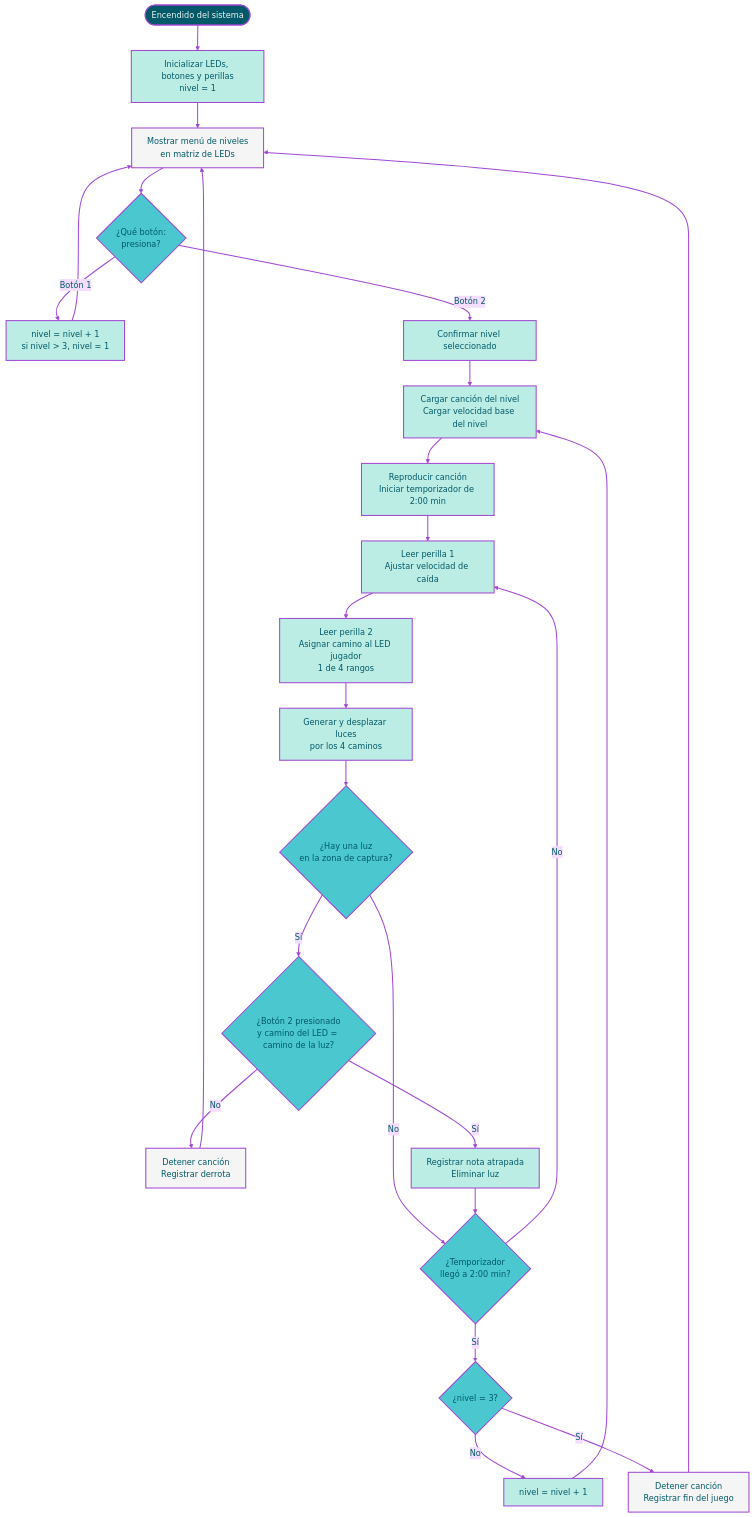
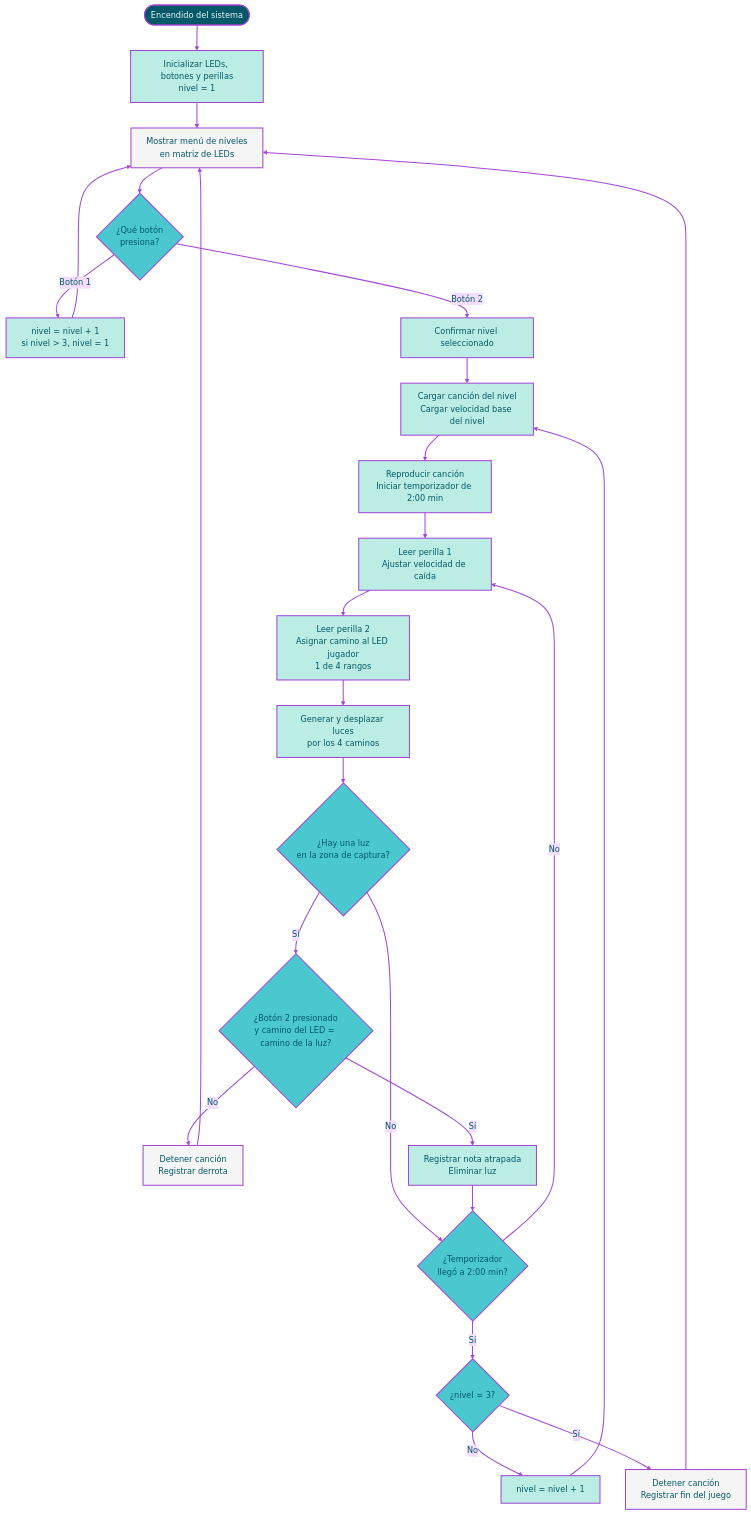
Before and after one commit to Anaisbmg/dis8645-2026-2-procesos-2: the second of 4 diagrams in 00-proyecto-2/grupo-05/README.md, drawn with Mermaid.

Commit message:
se me paso un caracter

````diff
--- a/00-proyecto-2/grupo-05/README.md
+++ b/00-proyecto-2/grupo-05/README.md
@@ -116,46 +116,46 @@
 ```mermaid
 %%{init: {'theme':'base','themeVariables':{'fontFamily':'Arial','lineColor':'#A247D3','primaryTextColor':'#005968'}}}%%
 flowchart TD
     A([Encendido del sistema]) --> B["Inicializar LEDs, botones y perillas<br/>nivel = 1"]
     B --> C["Mostrar menú de niveles<br/>en matriz de LEDs"]
 
-    C --> D{"¿Qué botón:<br/>presiona?"}
+    C --> D{"¿Qué botón<br/>presiona?"}
     D -- Botón 1 --> E["nivel = nivel + 1<br/>si nivel > 3, nivel = 1"]
     E --> C
     D -- Botón 2 --> F["Confirmar nivel seleccionado"]
 
     F --> G["Cargar canción del nivel<br/>Cargar velocidad base del nivel"]
     G --> H["Reproducir canción<br/>Iniciar temporizador de 2:00 min"]
 
     H --> I["Leer perilla 1<br/>Ajustar velocidad de caída"]
     I --> J["Leer perilla 2<br/>Asignar camino al LED jugador<br/>1 de 4 rangos"]
     J --> K["Generar y desplazar luces<br/>por los 4 caminos"]
 
     K --> L{"¿Hay una luz<br/>en la zona de captura?"}
     L -- No --> R
     L -- Sí --> M{"¿Botón 2 presionado<br/>y camino del LED = camino de la luz?"}
     M -- No --> N["Detener canción<br/>Registrar derrota"]
     N --> C
     M -- Sí --> O["Registrar nota atrapada<br/>Eliminar luz"]
     O --> R
 
     R{"¿Temporizador<br/>llegó a 2:00 min?"}
     R -- No --> I
     R -- Sí --> S{"¿nivel = 3?"}
     S -- No --> T["nivel = nivel + 1"]
     T --> G
     S -- Sí --> U["Detener canción<br/>Registrar fin del juego"]
     U --> C
 
     classDef inicio fill:#005968,stroke:#A247D3,stroke-width:2px,color:#F5F5F5;
     classDef decision fill:#4BC7CF,stroke:#A247D3,stroke-width:2px,color:#005968;
     classDef proceso fill:#BCEDE5,stroke:#A247D3,stroke-width:2px,color:#005968;
     classDef menu fill:#F5F5F5,stroke:#A247D3,stroke-width:2px,color:#005968;
 
     class A inicio;
     class D,L,M,R,S decision;
     class B,E,F,G,H,I,J,K,O,T proceso;
     class C,N,U menu;
 
     linkStyle default stroke:#A247D3,stroke-width:2px;
 ```
````
